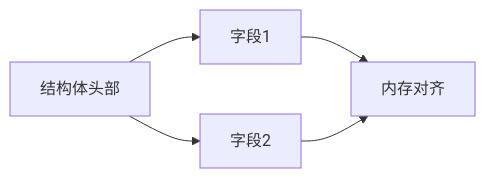
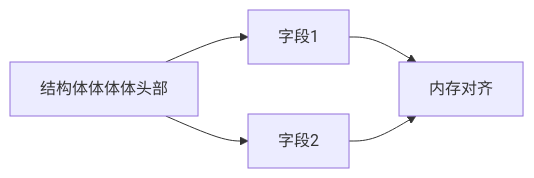
The fifth of 5 diagrams in formal_rust/refactor/01_core_theory/01_variable_system/16_state_machine_and_visualization.md (martin-ly/rust-lang), drawn with Mermaid before and after one commit. The commit also changed other lines of this file and 5740 other files, not shown here.

````diff
--- a/formal_rust/refactor/01_core_theory/01_variable_system/16_state_machine_and_visualization.md
+++ b/formal_rust/refactor/01_core_theory/01_variable_system/16_state_machine_and_visualization.md
@@ -135,7 +135,7 @@
   ```mermaid
   graph LR
-    A[结构体头部] --> B[字段1]
+    A[结构体体体体头部] --> B[字段1]
     A --> C[字段2]
     B --> D[内存对齐]
     C --> D
   ```
````
